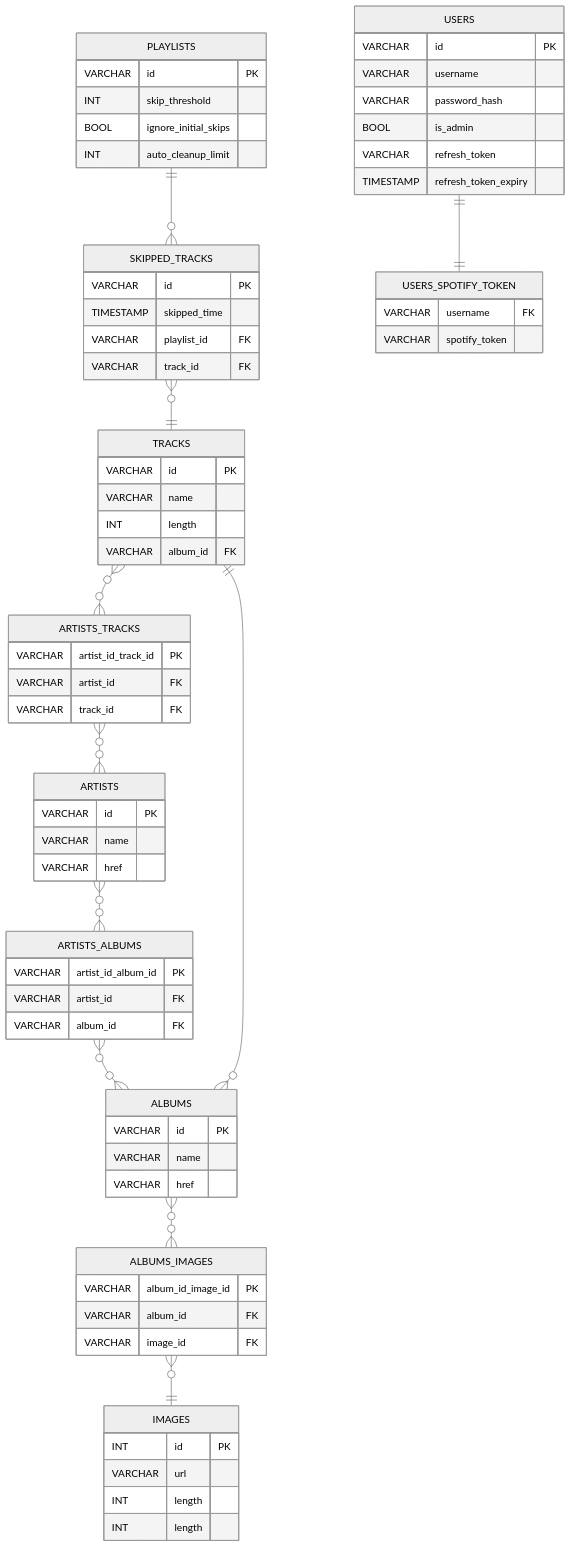
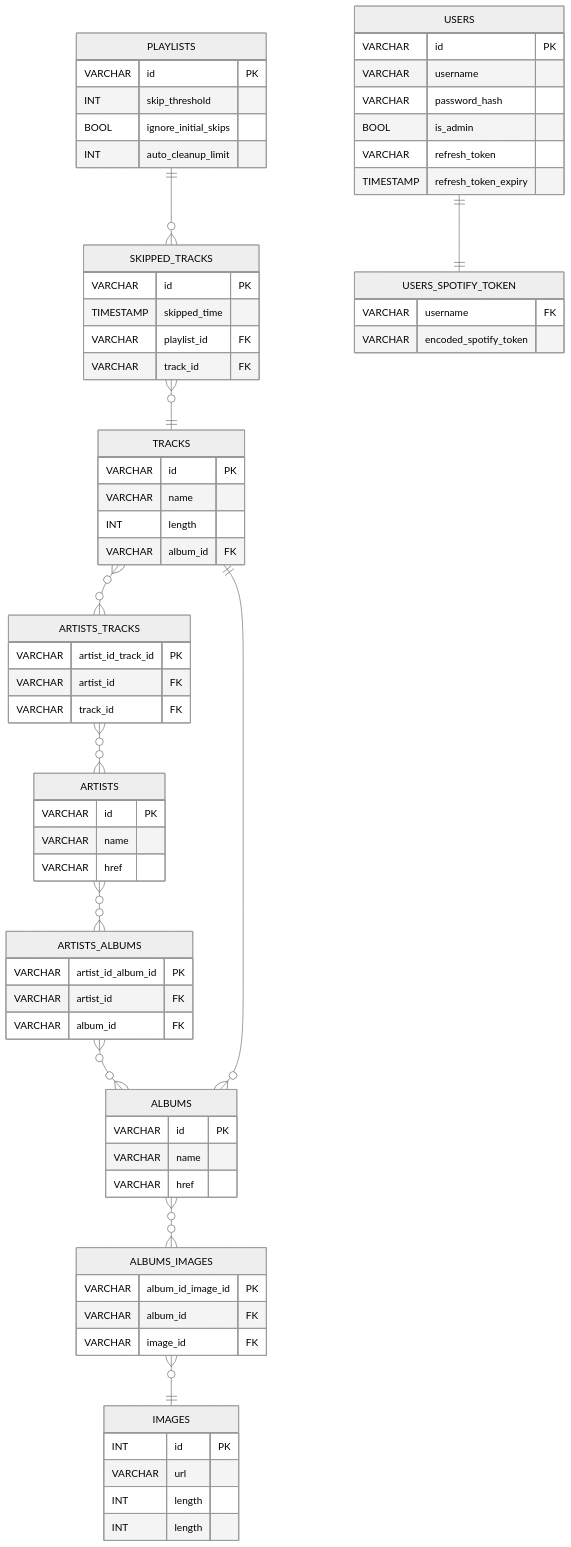
Before and after one commit to paulmccarron/spotify-playlist-janitor: the diagram in docs/entity-relationship-diagram.md, drawn with Mermaid. The commit also changed 13 other files, not shown here.

First line of the commit message:
Added methods to store token in database when spotify client created Added methods to retrieve token from databse on startup Added methods to encrypt and decrypt token

````diff
--- a/docs/entity-relationship-diagram.md
+++ b/docs/entity-relationship-diagram.md
@@ -85,6 +85,6 @@
     
     USERS_SPOTIFY_TOKEN {
         VARCHAR username FK
-        VARCHAR spotify_token
+        VARCHAR encoded_spotify_token
     }
 ```
````
